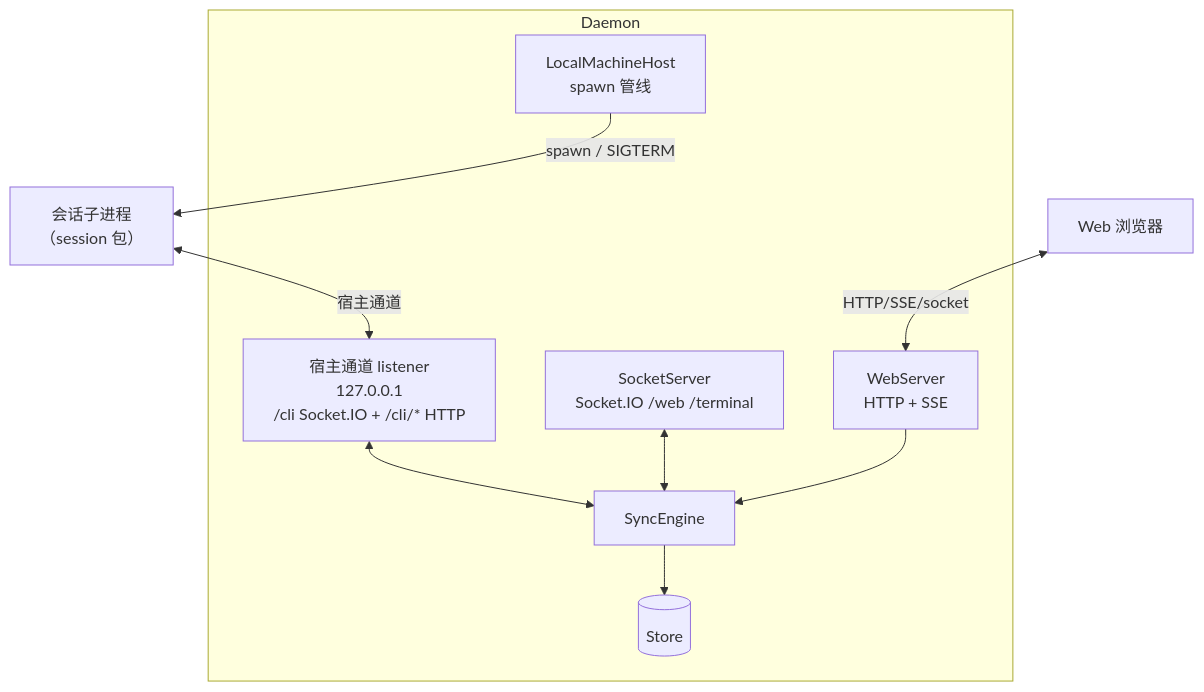
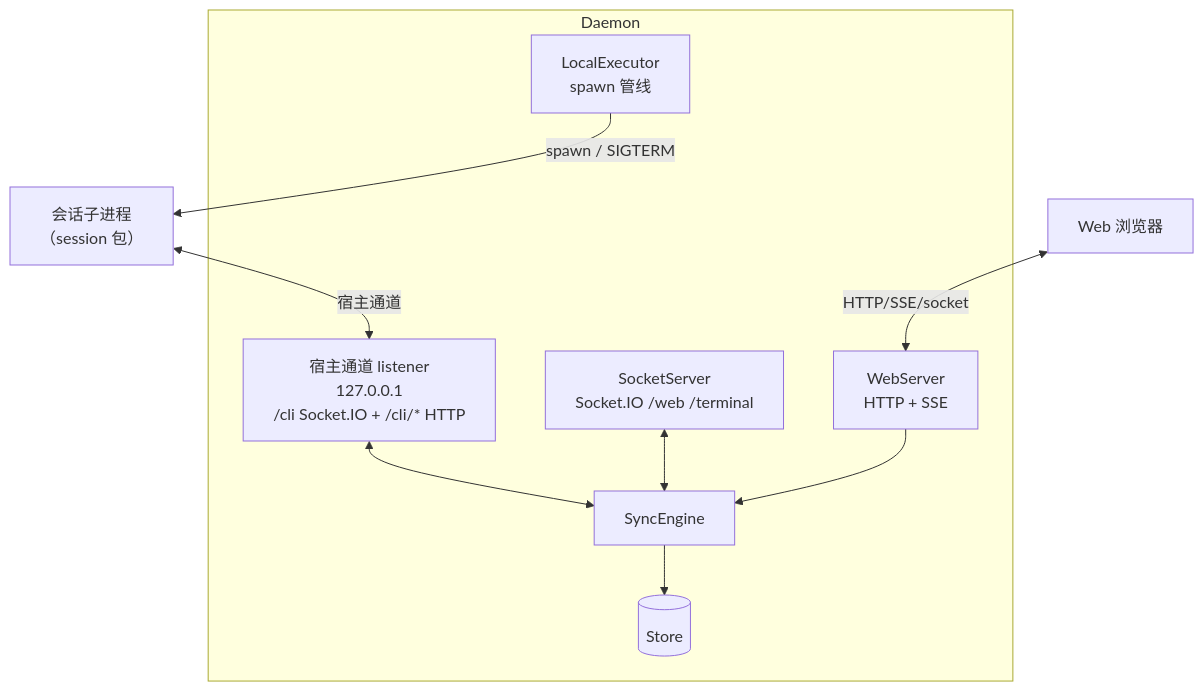
Before and after one commit to ModuBit/mobi: the first of 3 diagrams in docs/architecture/daemon/README.md, drawn with Mermaid. The commit also changed other lines of this file and 86 other files, not shown here.

````diff
--- a/docs/architecture/daemon/README.md
+++ b/docs/architecture/daemon/README.md
@@ -47,23 +46,23 @@
 ```mermaid
 graph TB
     Session[会话子进程<br/>（session 包）]
     Web[Web 浏览器]
 
     subgraph Daemon
         HostIO[宿主通道 listener<br/>127.0.0.1<br/>/cli Socket.IO + /cli/* HTTP]
         IO[SocketServer<br/>Socket.IO /web /terminal]
         WS[WebServer<br/>HTTP + SSE]
         SE[SyncEngine]
-        Host[LocalMachineHost<br/>spawn 管线]
+        Host[LocalExecutor<br/>spawn 管线]
         Store[(Store)]
     end
 
     Session <-->|宿主通道| HostIO
     Web <-->|HTTP/SSE/socket| WS
     Host -->|spawn / SIGTERM| Session
 
     HostIO <--> SE
     IO <--> SE
     WS --> SE
     SE --> Store
 ```
````
